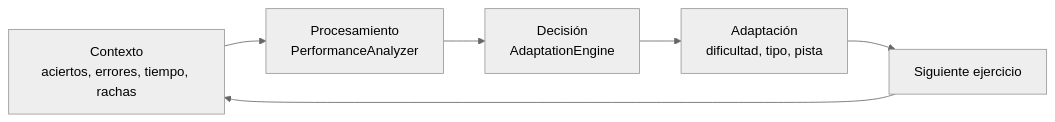
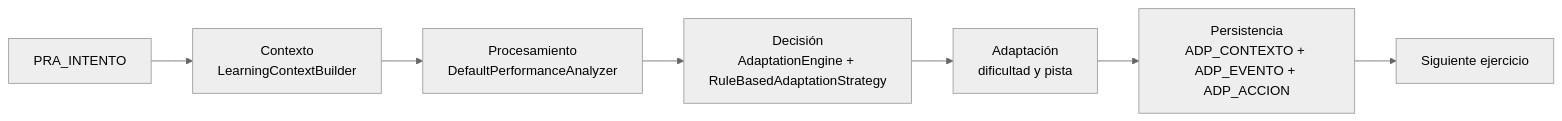
One commit to devfixexpress-debug/adaptive-quiz changed the diagram in database/diagrams/02_pipeline_adaptativo.mmd. Above: the diagram before and after it, drawn with Mermaid (neutral theme). The commit also changed 21 other files, not shown here.

```diff
--- a/database/diagrams/02_pipeline_adaptativo.mmd
+++ b/database/diagrams/02_pipeline_adaptativo.mmd
@@ -1,6 +1,7 @@
 flowchart LR
-    C[Contexto<br/>aciertos, errores, tiempo, rachas] --> P[Procesamiento<br/>PerformanceAnalyzer]
-    P --> D[Decisión<br/>AdaptationEngine]
-    D --> A[Adaptación<br/>dificultad, tipo, pista]
-    A --> N[Siguiente ejercicio]
-    N --> C
+    I[PRA_INTENTO] --> C[Contexto<br/>LearningContextBuilder]
+    C --> P[Procesamiento<br/>DefaultPerformanceAnalyzer]
+    P --> R[Decisión<br/>AdaptationEngine + RuleBasedAdaptationStrategy]
+    R --> A[Adaptación<br/>dificultad y pista]
+    A --> E[Persistencia<br/>ADP_CONTEXTO + ADP_EVENTO + ADP_ACCION]
+    E --> N[Siguiente ejercicio]
```
